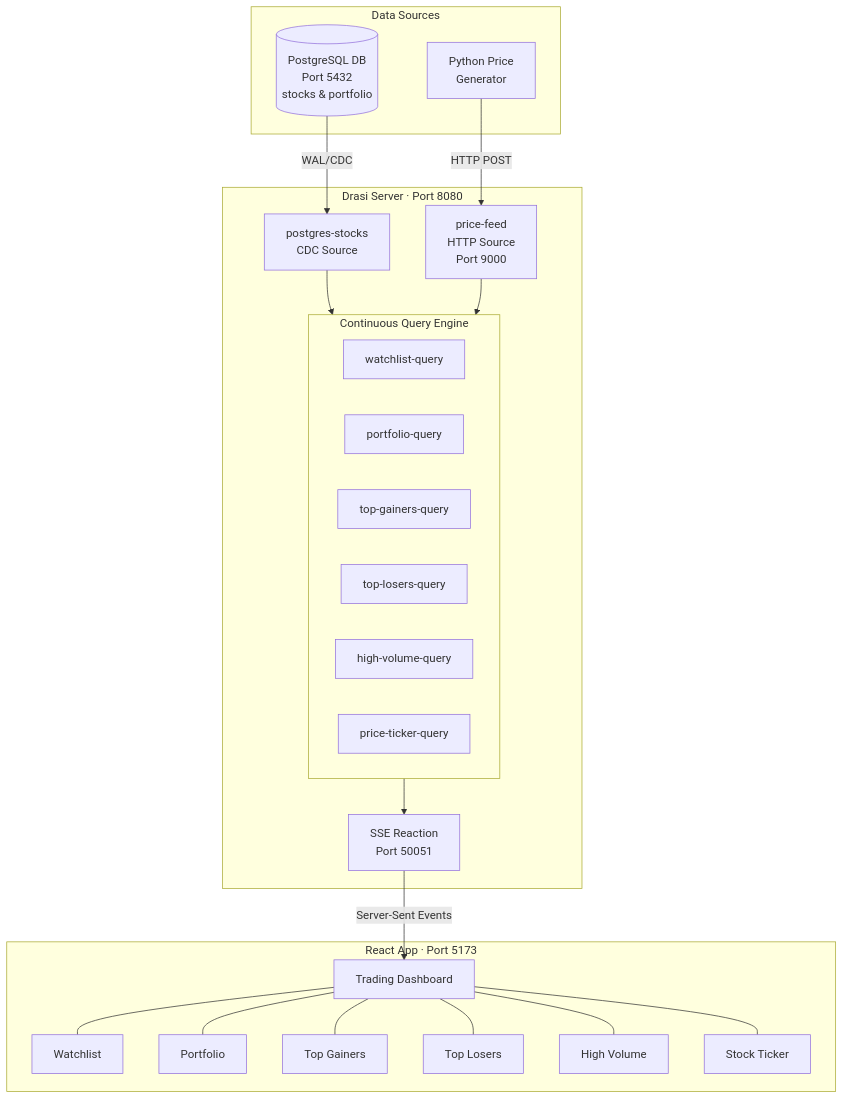
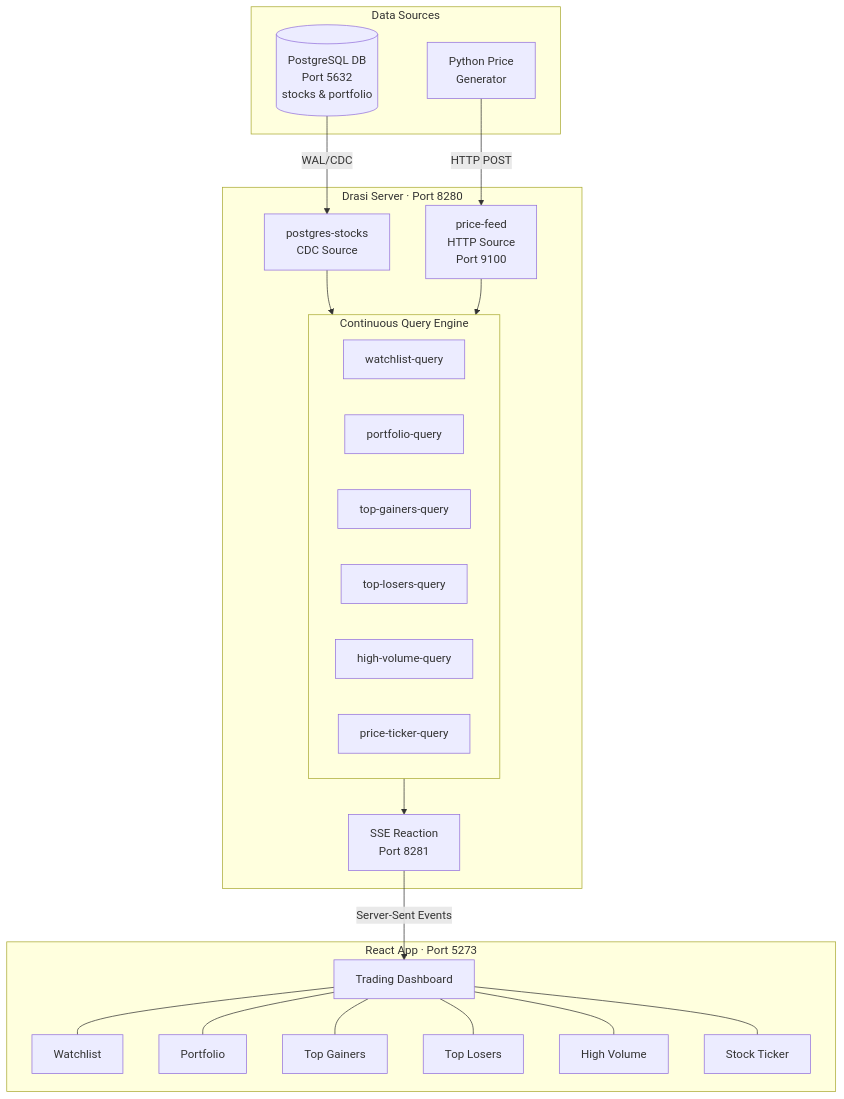
One commit to drasi-project/drasi-server changed the diagram in examples/trading/README.md. Above: the diagram before and after it, drawn with Mermaid. The commit also changed other lines of this file and 78 other files, not shown here.

````diff
--- a/examples/trading/README.md
+++ b/examples/trading/README.md
@@ -50,41 +50,41 @@
 ```mermaid
 flowchart TB
     subgraph Sources["Data Sources"]
-        PG[(PostgreSQL DB<br/>Port 5432<br/>stocks & portfolio)]
+        PG[(PostgreSQL DB<br/>Port 5632<br/>stocks & portfolio)]
         GEN[Python Price<br/>Generator]
     end
 
-    subgraph Drasi["Drasi Server · Port 8080"]
+    subgraph Drasi["Drasi Server · Port 8280"]
         SRC1[postgres-stocks<br/>CDC Source]
-        SRC2[price-feed<br/>HTTP Source<br/>Port 9000]
+        SRC2[price-feed<br/>HTTP Source<br/>Port 9100]
 
         subgraph QE["Continuous Query Engine"]
             Q1[watchlist-query]
             Q2[portfolio-query]
             Q3[top-gainers-query]
             Q4[top-losers-query]
             Q5[high-volume-query]
             Q6[price-ticker-query]
         end
 
-        SSE[SSE Reaction<br/>Port 50051]
+        SSE[SSE Reaction<br/>Port 8281]
     end
 
-    subgraph App["React App · Port 5173"]
+    subgraph App["React App · Port 5273"]
         UI[Trading Dashboard]
         W[Watchlist]
         P[Portfolio]
         G[Top Gainers]
         L[Top Losers]
         V[High Volume]
         T[Stock Ticker]
     end
 
     PG -->|WAL/CDC| SRC1
     GEN -->|HTTP POST| SRC2
     SRC1 --> QE
     SRC2 --> QE
     QE --> SSE
     SSE -->|Server-Sent Events| UI
     UI --- W & P & G & L & V & T
 ```
````
